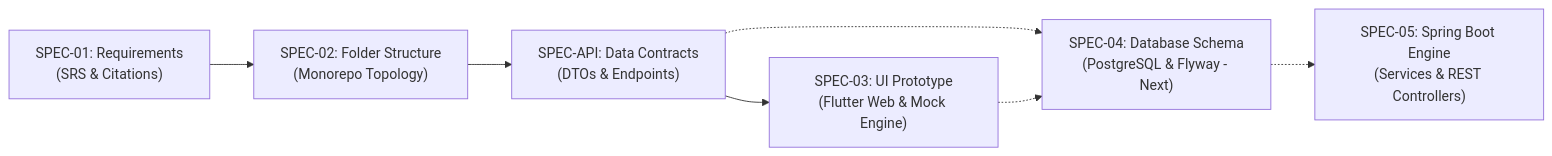
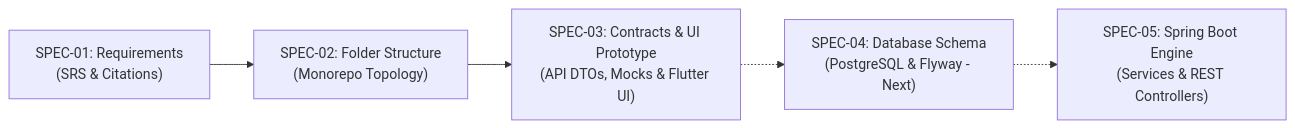
One commit to AkmKawser/SquareHealth-VMS changed the diagram in specifications/README.md. Above: the diagram before and after it, drawn with Mermaid. The commit also changed other lines of this file and 7 other files, not shown here.

Commit message:
docs(specifications): merge api data contracts and ui prototype into unified step-3 specification

````diff
--- a/specifications/README.md
+++ b/specifications/README.md
@@ -20,8 +19,7 @@
 ```mermaid
 flowchart LR
     S1["SPEC-01: Requirements\n(SRS & Citations)"] --> S2["SPEC-02: Folder Structure\n(Monorepo Topology)"]
-    S2 --> API["SPEC-API: Data Contracts\n(DTOs & Endpoints)"]
-    API --> S3["SPEC-03: UI Prototype\n(Flutter Web & Mock Engine)"]
-    API & S3 -.-> S4["SPEC-04: Database Schema\n(PostgreSQL & Flyway - Next)"]
+    S2 --> S3["SPEC-03: Contracts & UI Prototype\n(API DTOs, Mocks & Flutter UI)"]
+    S3 -.-> S4["SPEC-04: Database Schema\n(PostgreSQL & Flyway - Next)"]
     S4 -.-> S5["SPEC-05: Spring Boot Engine\n(Services & REST Controllers)"]
 ```
````
